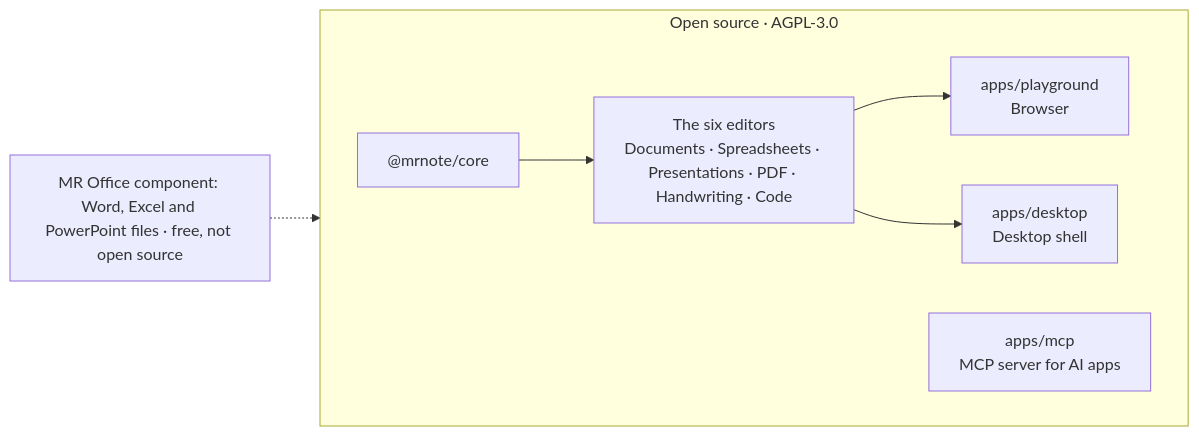
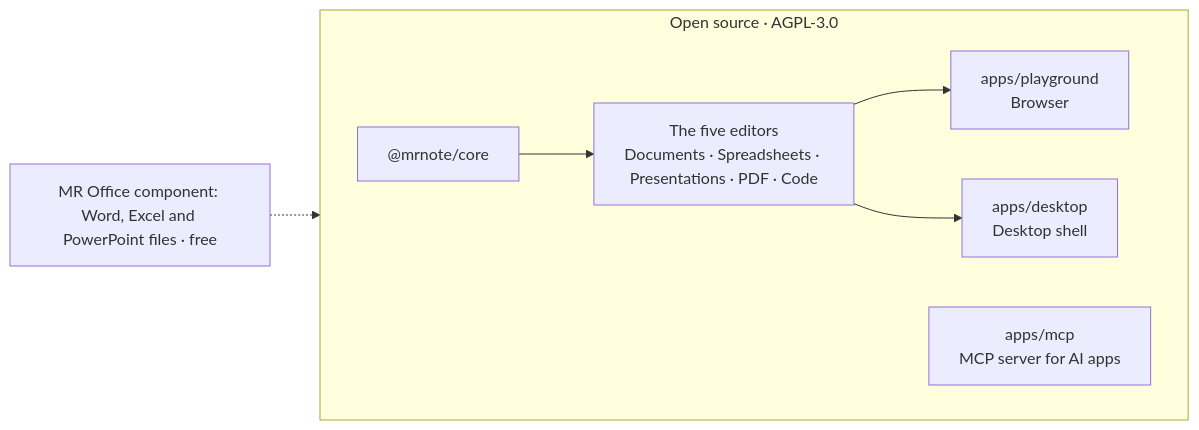
The diagram in README.md (WhaleChao/MROffice), drawn with Mermaid before and after one commit. The commit also changed other lines of this file and 621 other files, not shown here.

````diff
--- a/README.md
+++ b/README.md
@@ -130,11 +128,11 @@
 ```mermaid
 flowchart LR
   subgraph OSS["Open source · AGPL-3.0"]
     direction LR
-    core["@mrnote/core"] --> E["The six editors<br/>Documents · Spreadsheets · Presentations · PDF · Handwriting · Code"]
+    core["@mrnote/core"] --> E["The five editors<br/>Documents · Spreadsheets · Presentations · PDF · Code"]
     E --> PG["apps/playground<br/>Browser"]
     E --> DS["apps/desktop<br/>Desktop shell"]
     MCP["apps/mcp<br/>MCP server for AI apps"]
   end
-  COMP["MR Office component: Word, Excel and PowerPoint files · free, not open source"] -.-> DS
+  COMP["MR Office component: Word, Excel and PowerPoint files · free"] -.-> DS
 ```
````
